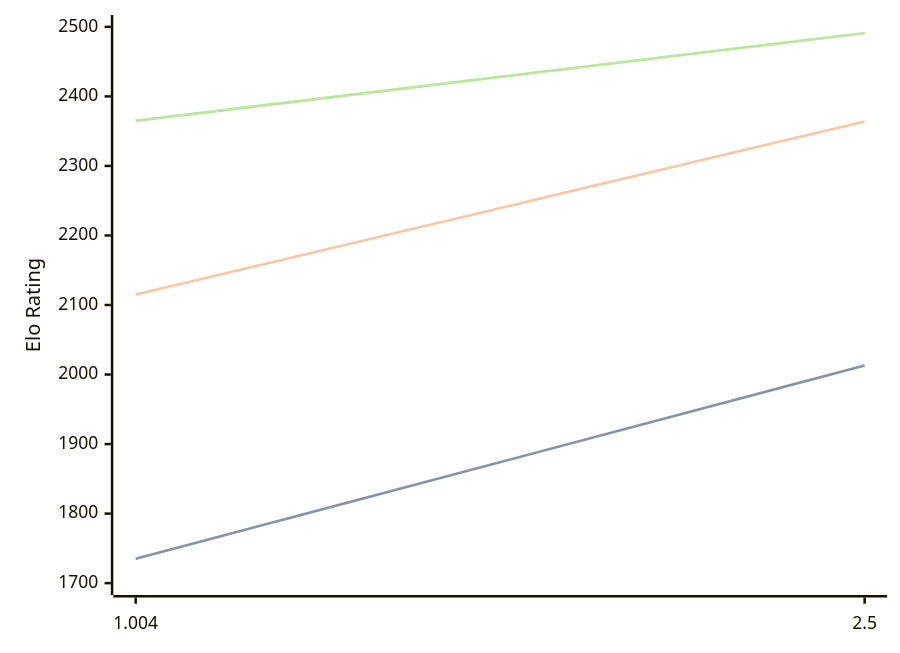
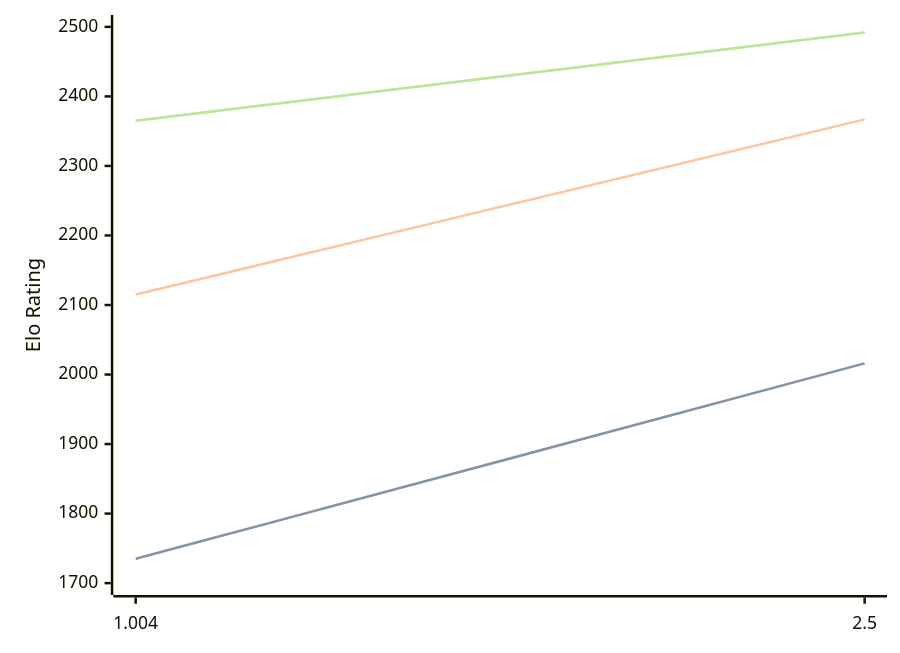
One commit to computer-chess-index/cci changed the diagram in engines/Ares.md. Above: the diagram before and after it, drawn with Mermaid. The commit also changed other lines of this file, not shown here.

Commit message:
Update CCI Ratings (ELO VLTC) - 2026-05-03

````diff
--- a/engines/Ares.md
+++ b/engines/Ares.md
@@ -32,11 +32,11 @@
 ```mermaid
 %%{init: {"theme":"base","themeVariables":{"seriesColors:['#a3a3a3','#222221','#faa371']}}}%%
 xychart-beta
   x-axis ["1.004", "2.5"]
   y-axis "Elo Rating" 1700 --> 2500
-  line "STC (8.0+0.08s)" [1735, 2013]
-  line "STC (8.0+0.08s)" [1735, 2013]
-  line "LTC (60.0+0.60s)" [2115, 2364]
-  line "VLTC (2m24s+1.12s)" [2365, 2491]
-  line "VLTC (2m24s+1.12s)" [2365, 2491]
+  line "STC (8.0+0.08s)" [1735, 2016]
+  line "STC (8.0+0.08s)" [1735, 2016]
+  line "LTC (60.0+0.60s)" [2115, 2367]
+  line "VLTC (2m24s+1.12s)" [2365, 2492]
+  line "VLTC (2m24s+1.12s)" [2365, 2492]
 ```
````
